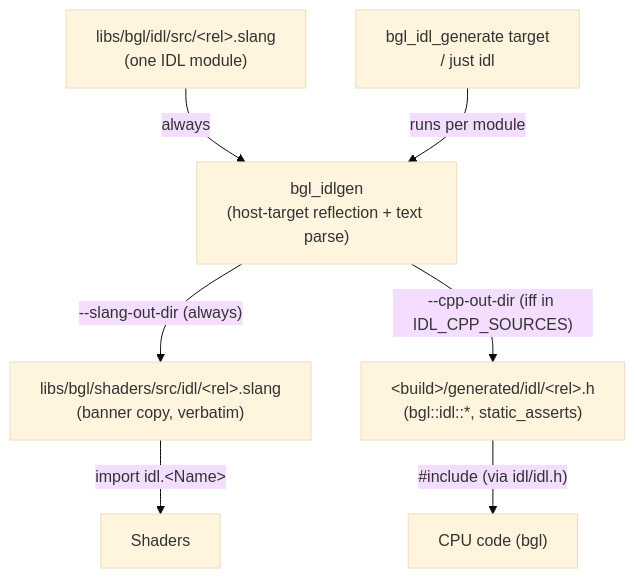
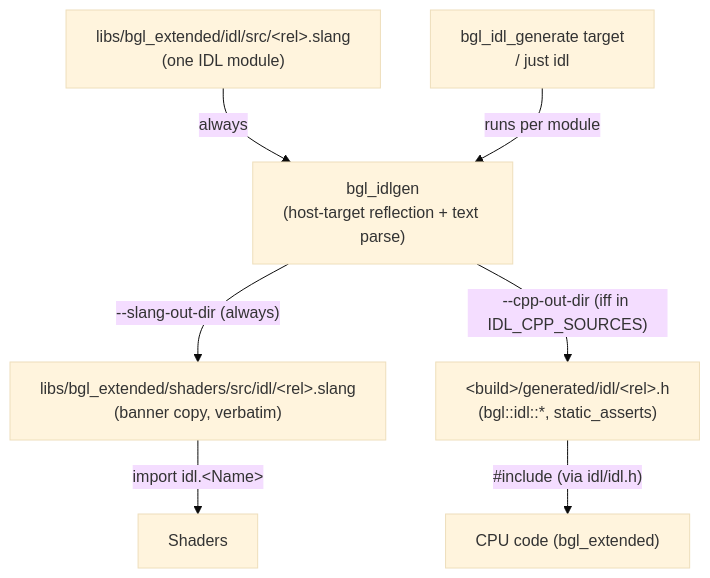
Before and after one commit to alexjiang200407/bernini: the diagram in docs/idlgen.md, drawn with Mermaid (base theme). The commit also changed other lines of this file and 539 other files, not shown here.

First line of the commit message:
refactor(bgl): bgl names the contract, bgl_extended names the renderer (#576)

````diff
--- a/docs/idlgen.md
+++ b/docs/idlgen.md
@@ -137,16 +137,16 @@
 ```mermaid
 flowchart TD
-    IDL["libs/bgl/idl/src/&lt;rel&gt;.slang<br/>(one IDL module)"]
+    IDL["libs/bgl_extended/idl/src/&lt;rel&gt;.slang<br/>(one IDL module)"]
     TOOL["bgl_idlgen<br/>(host-target reflection + text parse)"]
-    SLANG["libs/bgl/shaders/src/idl/&lt;rel&gt;.slang<br/>(banner copy, verbatim)"]
+    SLANG["libs/bgl_extended/shaders/src/idl/&lt;rel&gt;.slang<br/>(banner copy, verbatim)"]
     CPP["&lt;build&gt;/generated/idl/&lt;rel&gt;.h<br/>(bgl::idl::*, static_asserts)"]
     SH["Shaders"]
-    CX["CPU code (bgl)"]
+    CX["CPU code (bgl_extended)"]
 
     IDL -- "always" --> TOOL
     TOOL -- "--slang-out-dir (always)" --> SLANG
     TOOL -- "--cpp-out-dir (iff in IDL_CPP_SOURCES)" --> CPP
     SLANG -- "import idl.&lt;Name&gt;" --> SH
     CPP -- "#include (via idl/idl.h)" --> CX
     CMAKE["bgl_idl_generate target<br/>/ just idl"] -- "runs per module" --> TOOL
 ```
````
